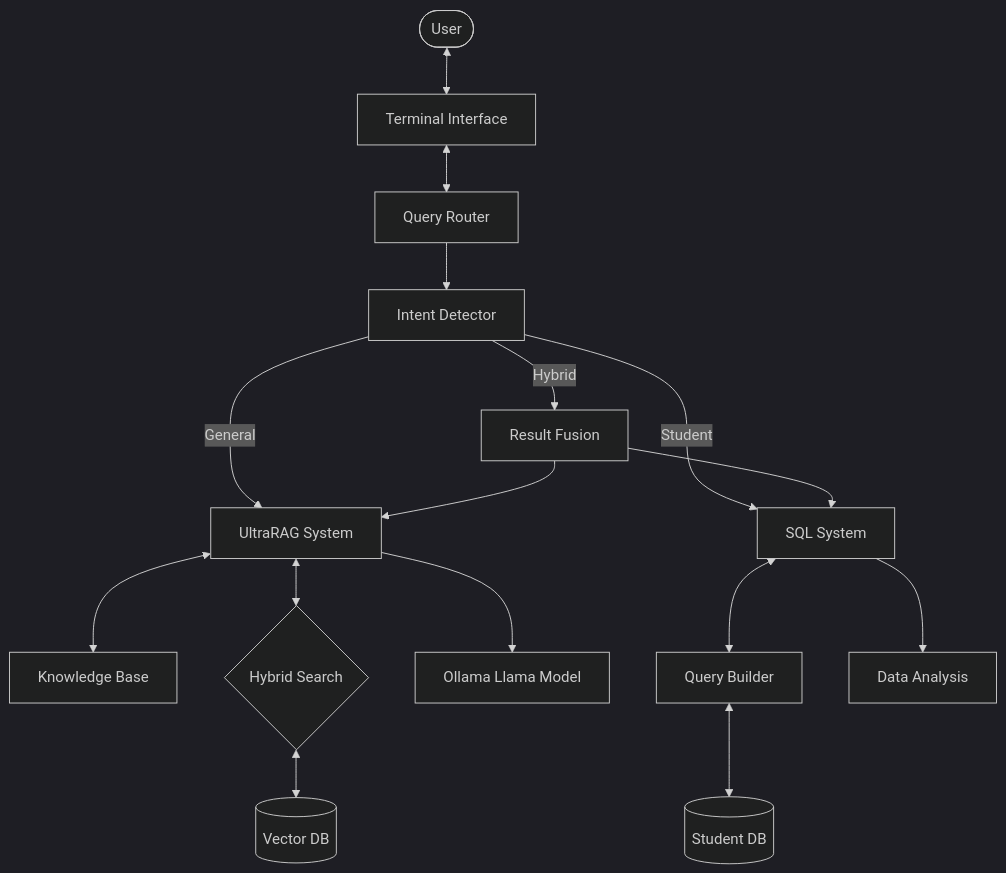
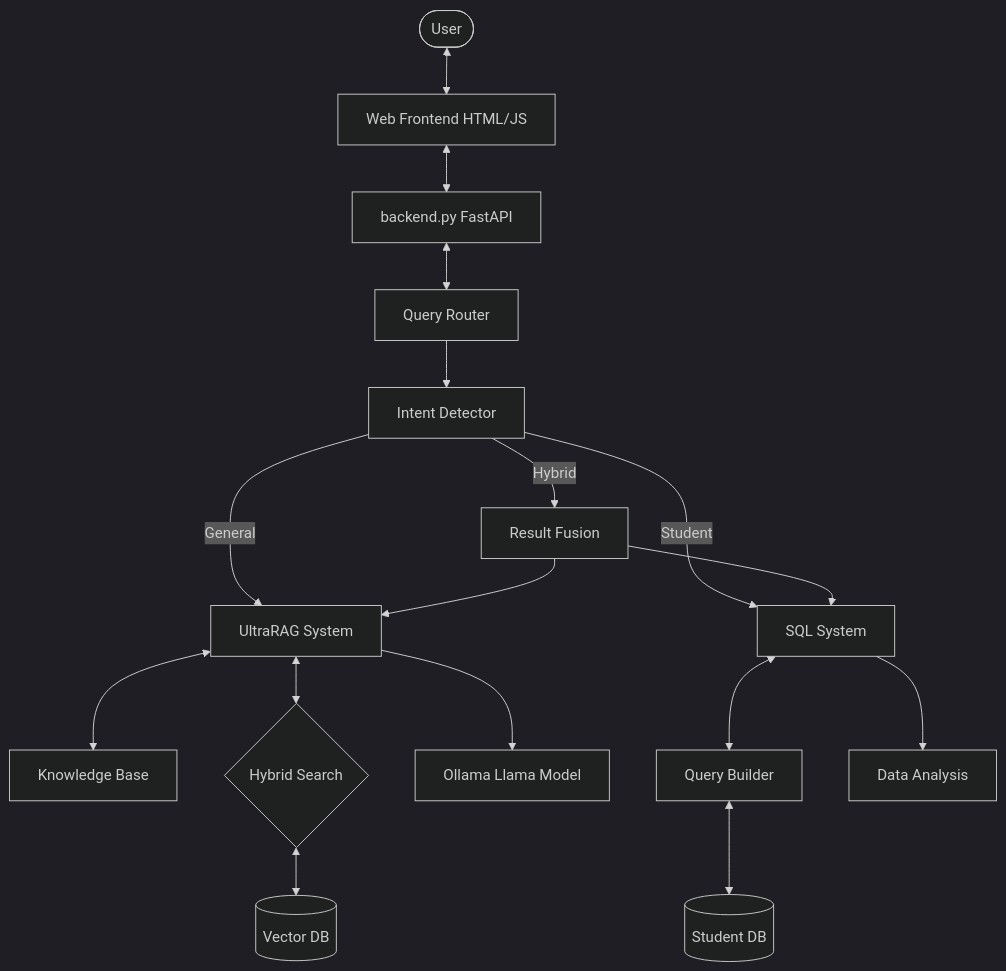
One commit to VijayKiran-2004/College-Chat-Bot changed the first of 2 diagrams in README.md. Above: the diagram before and after it, drawn with Mermaid (dark theme). The commit also changed other lines of this file and 125 other files, not shown here.

````diff
--- a/README.md
+++ b/README.md
@@ -144,22 +140,23 @@
 ```mermaid
 graph TD
-    User([User]) <--> Interface[Terminal Interface]
-    Interface <--> Router[Query Router]
+    User([User]) <--> Frontend[Web Frontend HTML/JS]
+    Frontend <--> Backend[backend.py FastAPI]
+    Backend <--> Router[Query Router]
     Router --> Detector[Intent Detector]
     
     Detector -->|General| RAG[UltraRAG System]
     Detector -->|Student| SQL[SQL System]
     Detector -->|Hybrid| Fusion[Result Fusion]
     
     Fusion --> RAG
     Fusion --> SQL
     
     RAG <--> KB[Knowledge Base]
     RAG <--> HybridSearch{Hybrid Search}
     HybridSearch <--> VectorDB[(Vector DB)]
     RAG --> LLM[Ollama Llama Model]
     
     SQL <--> QueryBuilder[Query Builder]
     QueryBuilder <--> DB[(Student DB)]
     SQL --> Analysis[Data Analysis]
 ```
````
